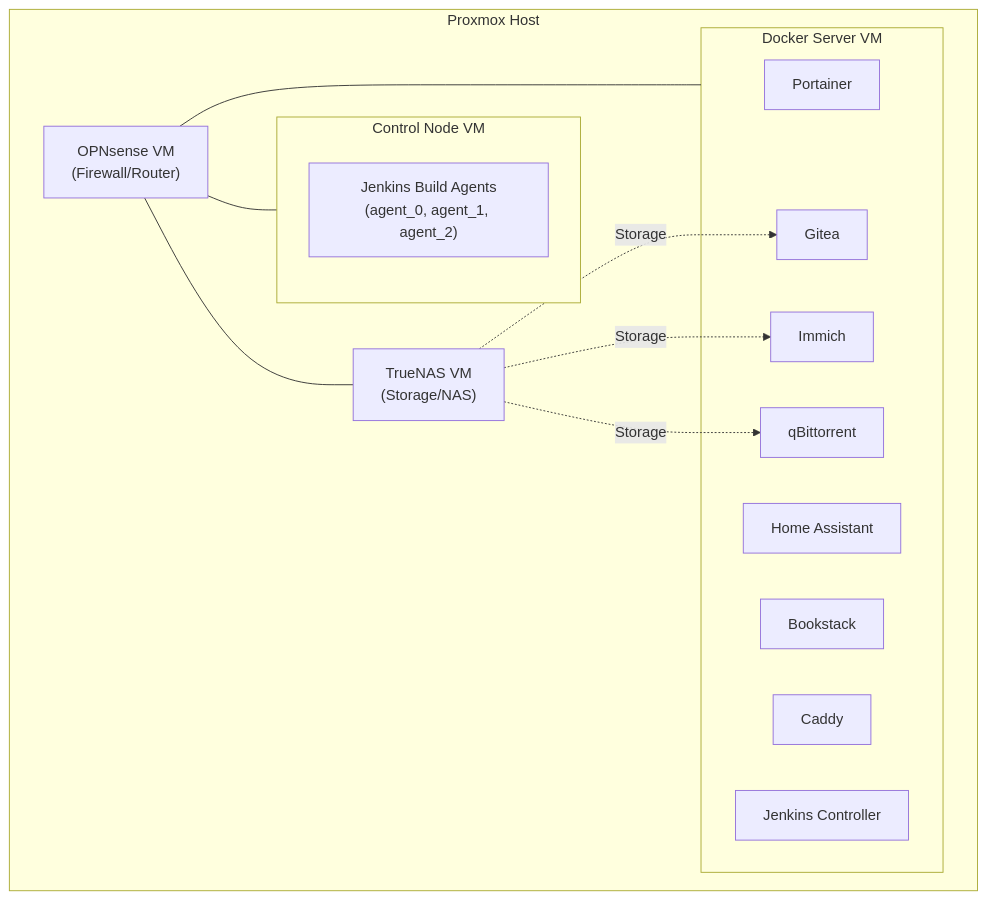
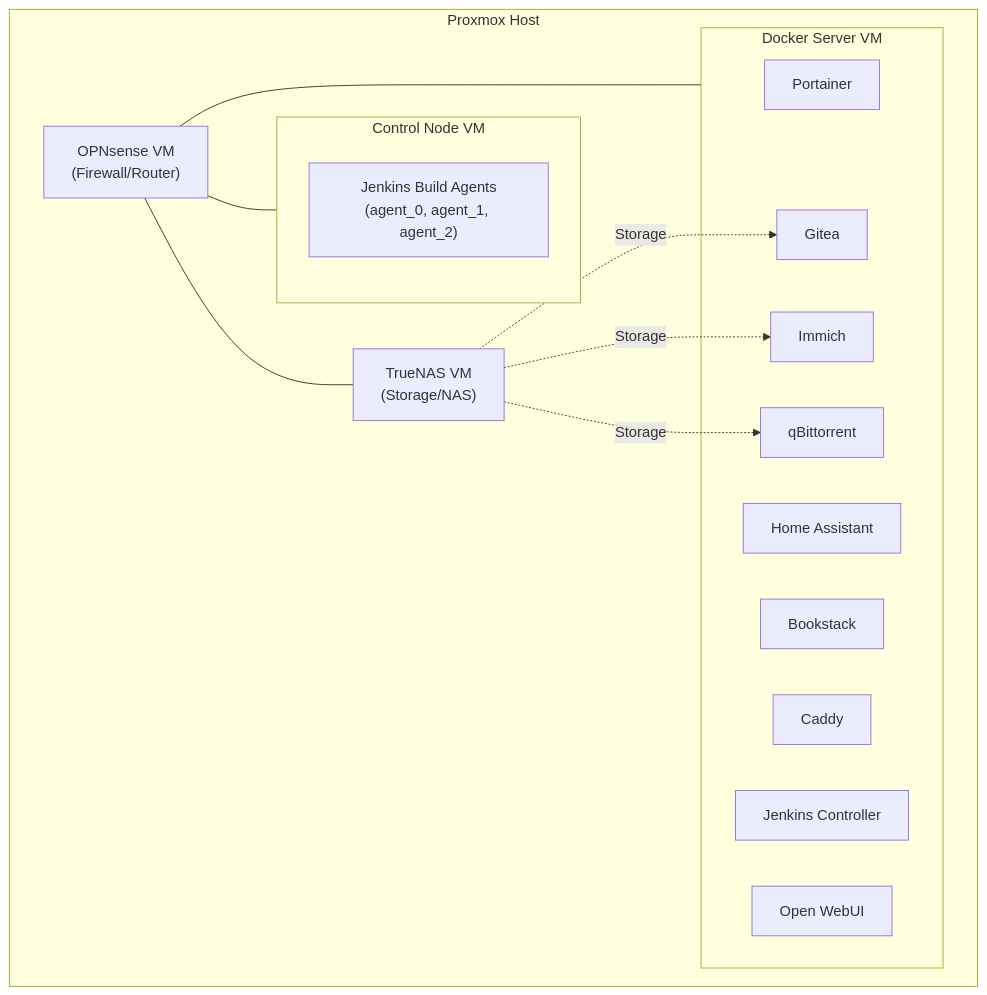
Before and after one commit to telemc97/homelab_docker_compose: the diagram in README.md, drawn with Mermaid. The commit also changed other lines of this file, not shown here.

````diff
--- a/README.md
+++ b/README.md
@@ -17,29 +17,30 @@
 ```mermaid
 graph TD
     subgraph Proxmox ["Proxmox Host"]
         OPN["OPNsense VM<br/>(Firewall/Router)"]
         NAS["TrueNAS VM<br/>(Storage/NAS)"]
 
         subgraph CtrlVM ["Control Node VM"]
             Agents["Jenkins Build Agents<br/>(agent_0, agent_1, agent_2)"]
         end
 
         subgraph DockerVM ["Docker Server VM"]
             Portainer["Portainer"]
             HASS["Home Assistant"]
             Gitea["Gitea"]
             Book["Bookstack"]
             Caddy["Caddy"]
             Immich["Immich"]
             qBit["qBittorrent"]
             Jenkins["Jenkins Controller"]
+            AI["Open WebUI"]
         end
     end
 
     NAS -.->|"Storage"| Gitea
     NAS -.->|"Storage"| Immich
     NAS -.->|"Storage"| qBit
     OPN --- NAS
     OPN --- DockerVM
     OPN --- CtrlVM
 ```
````
